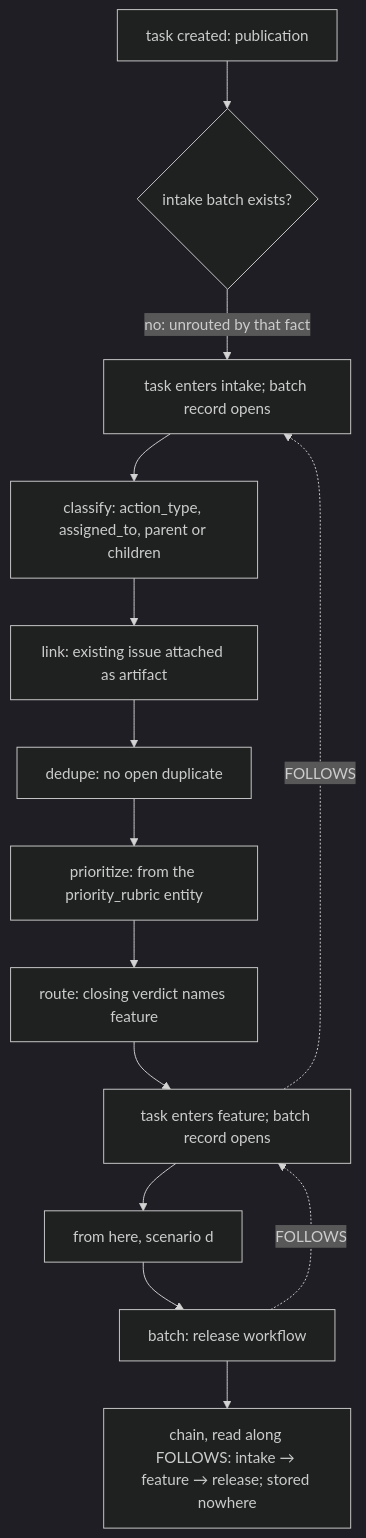
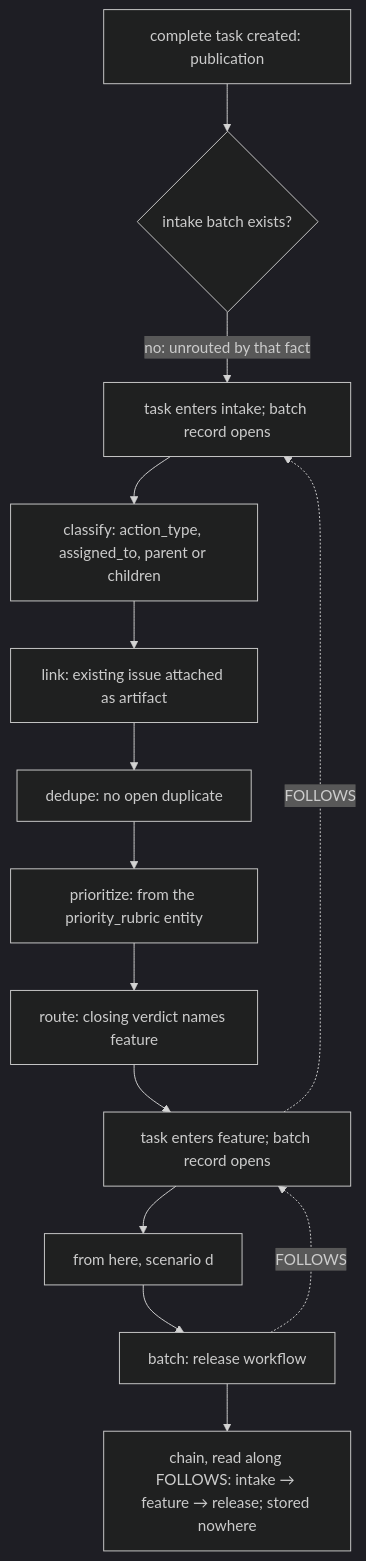
The tenth of 10 diagrams in docs/foundation/scenarios.md (markmhendrickson/ateles), drawn with Mermaid (dark theme) before and after one commit. The commit also changed other lines of this file and 12 other files, not shown here.

````diff
--- a/docs/foundation/scenarios.md
+++ b/docs/foundation/scenarios.md
@@ -343,16 +345,16 @@
 ```mermaid
 flowchart TD
-    C[task created: publication] --> U{intake batch exists?}
+    C[complete task created: publication] --> U{intake batch exists?}
     U -->|no: unrouted by that fact| I[task enters intake; batch record opens]
     I --> S1[classify: action_type, assigned_to, parent or children]
     S1 --> S2[link: existing issue attached as artifact]
     S2 --> S3[dedupe: no open duplicate]
     S3 --> S4[prioritize: from the priority_rubric entity]
     S4 --> S5[route: closing verdict names feature]
     S5 --> F[task enters feature; batch record opens]
     F -.->|FOLLOWS| I
     F --> D[from here, scenario d]
     D --> R[batch: release workflow]
     R -.->|FOLLOWS| F
     R --> CH[chain, read along FOLLOWS: intake → feature → release; stored nowhere]
 ```
````
